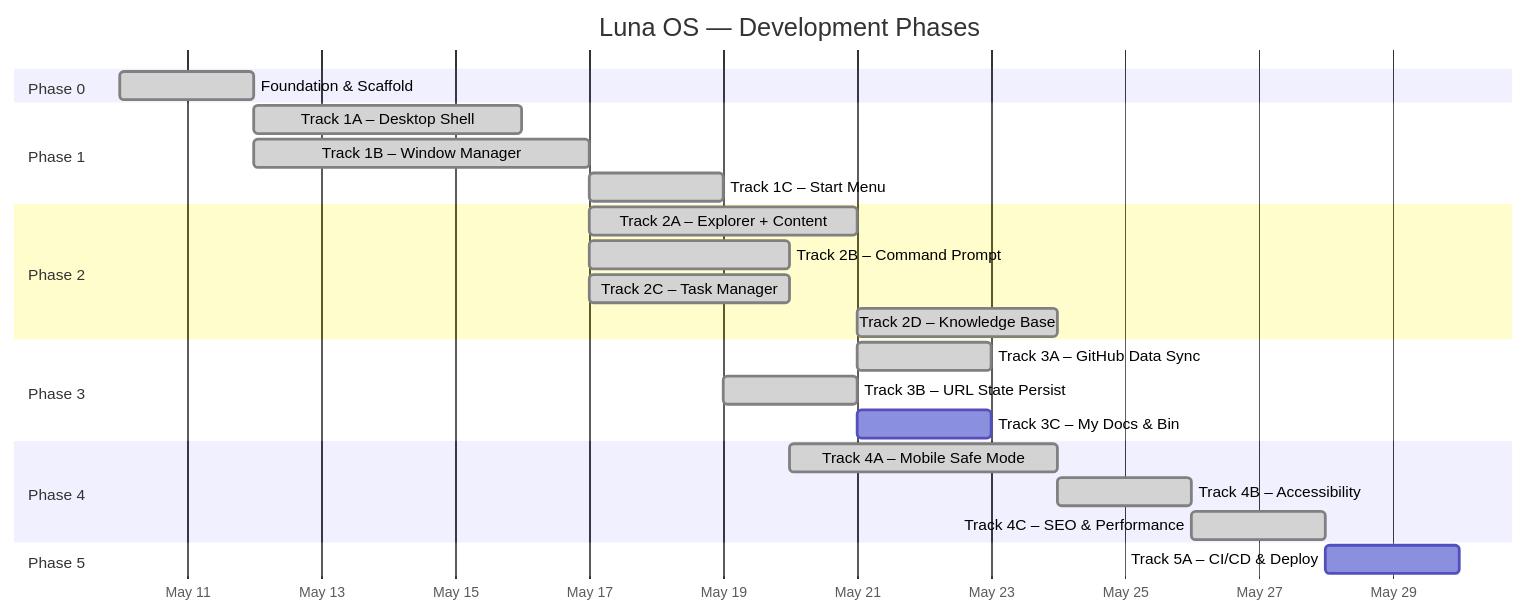
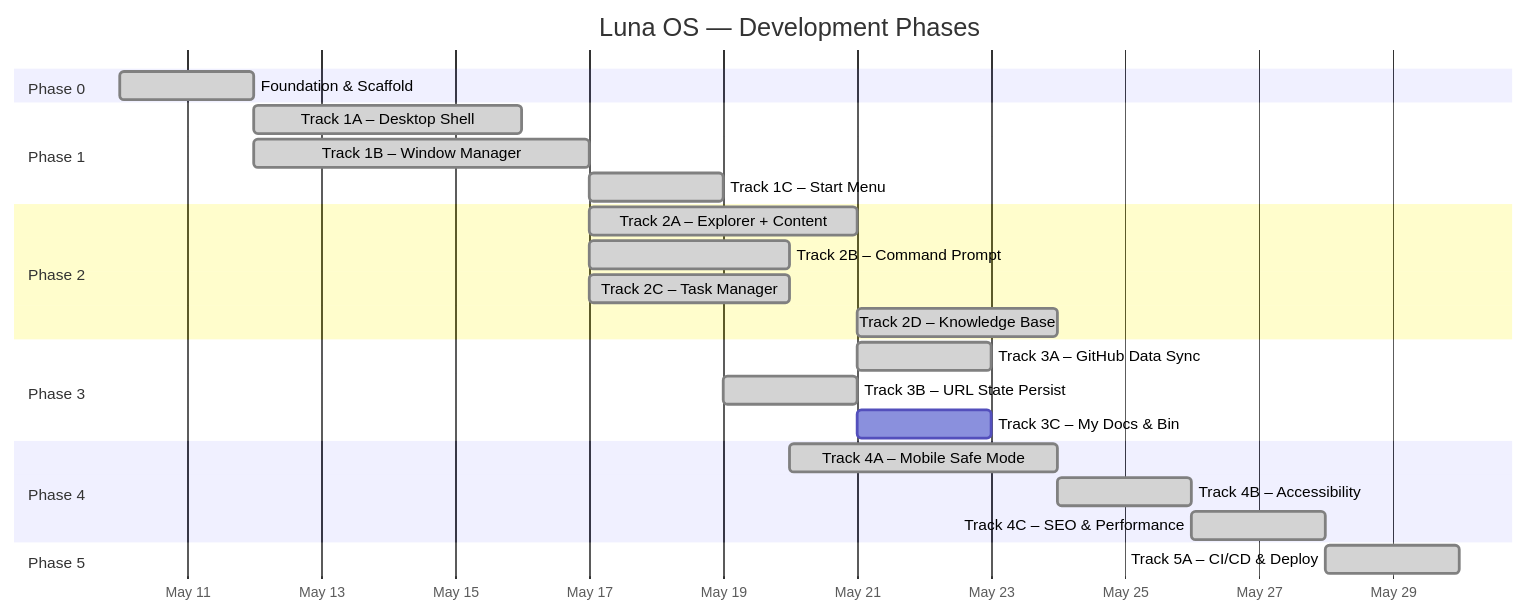
One commit to mansyar/portfolio-v3 changed the first of 2 diagrams in docs/ROADMAP.md. Above: the diagram before and after it, drawn with Mermaid. The commit also changed other lines of this file and 3 other files, not shown here.

Commit message:
docs: Update PRD, TDD, and ROADMAP with Track 5A (CI/CD & Launch)

````diff
--- a/docs/ROADMAP.md
+++ b/docs/ROADMAP.md
@@ -11,33 +11,33 @@
 ```mermaid
 gantt
     title Luna OS — Development Phases
     dateFormat  YYYY-MM-DD
     axisFormat  %b %d
 
     section Phase 0
     Foundation & Scaffold         :done, p0, 2026-05-10, 2d
 
     section Phase 1
     Track 1A – Desktop Shell      :done, p1a, after p0, 4d
     Track 1B – Window Manager     :done, p1b, after p0, 5d
     Track 1C – Start Menu         :done, p1c, after p1b, 2d
 
     section Phase 2
     Track 2A – Explorer + Content :done, p2a, after p1b, 4d
     Track 2B – Command Prompt     :done, p2b, after p1b, 3d
     Track 2C – Task Manager       :done, p2c, after p1b, 3d
     Track 2D – Knowledge Base     :done, p2d, after p2a, 3d
 
     section Phase 3
     Track 3A – GitHub Data Sync   :done, p3a, after p2a, 2d
     Track 3B – URL State Persist  :done, p3b, after p1c, 2d
     Track 3C – My Docs & Bin      :p3c, after p2a, 2d
 
     section Phase 4
     Track 4A – Mobile Safe Mode   :done, p4a, after p2b, 4d
     Track 4B – Accessibility      :done, p4b, after p4a, 2d
     Track 4C – SEO & Performance  :done, p4c, after p4b, 2d
 
     section Phase 5
-    Track 5A – CI/CD & Deploy     :p5a, after p4c, 2d
+    Track 5A – CI/CD & Deploy     :done, p5a, after p4c, 2d
 ```
````
